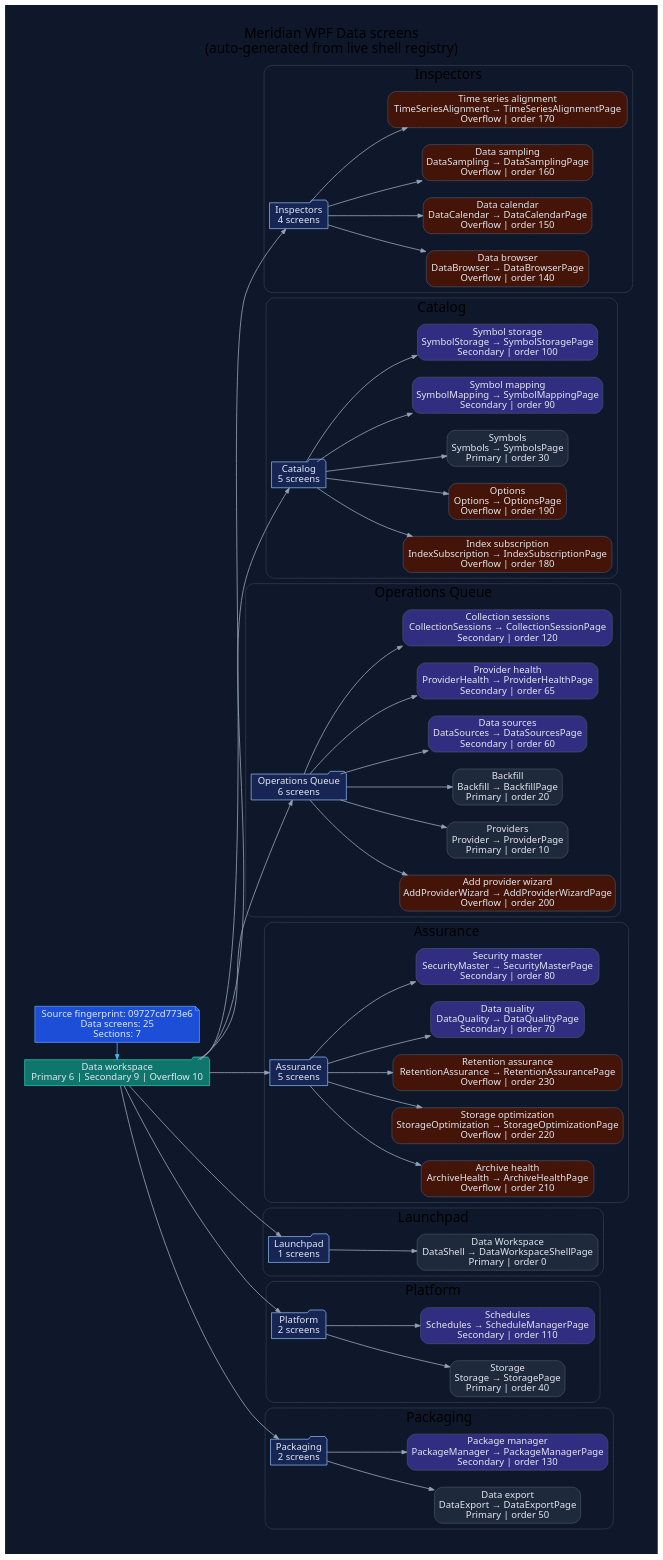
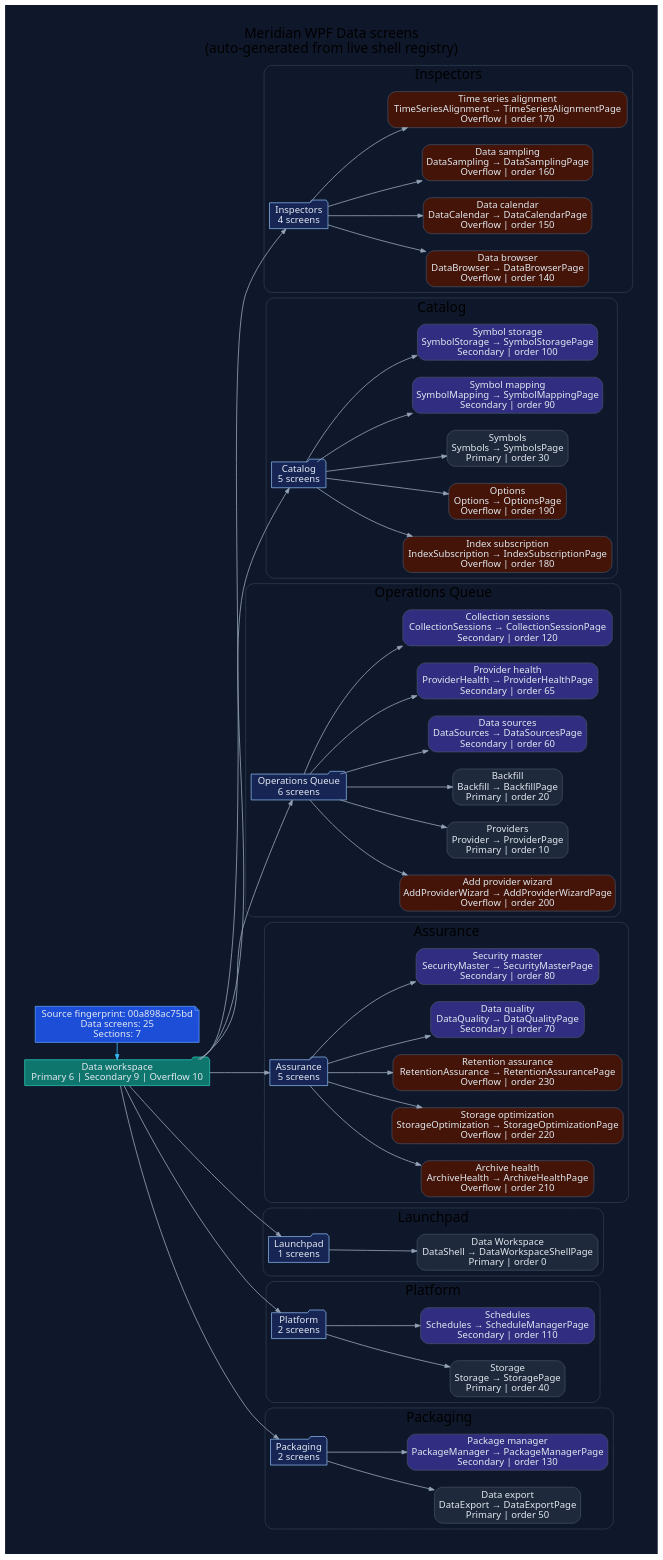
One commit to rodoHasArrived/Meridian-main changed the diagram in docs/diagrams/ui-wpf-screens-data.dot. Above: the diagram before and after it, drawn with Graphviz. The commit also changed 62 other files, not shown here.

```diff
--- a/docs/diagrams/ui-wpf-screens-data.dot
+++ b/docs/diagrams/ui-wpf-screens-data.dot
@@ -1,132 +1,132 @@
 // -----------------------------------------------------------------------------
 // <auto-generated>
 // Generated by scripts/generate-diagrams.mjs.
 // Do not edit this file directly; update the WPF source files instead.
 // -----------------------------------------------------------------------------
 digraph WpfDataScreens {
   graph [
     rankdir=LR,
     labelloc=t,
     label="Meridian WPF Data screens\n(auto-generated from live shell registry)",
     fontname="Segoe UI",
     fontsize=20,
     pad=0.4,
     nodesep=0.35,
     ranksep=0.85,
     bgcolor="#0f172a"
   ];
   node [fontname="Segoe UI", shape=box, style="rounded,filled", color="#475569", fontcolor="#e2e8f0", fillcolor="#1e293b"];
   edge [fontname="Segoe UI", color="#94a3b8", penwidth=1.2, arrowsize=0.75];
 
-  generated [shape=note, fillcolor="#1d4ed8", color="#60a5fa", label="Source fingerprint: 09727cd773e6\nData screens: 25\nSections: 7"];
+  generated [shape=note, fillcolor="#1d4ed8", color="#60a5fa", label="Source fingerprint: 00a898ac75bd\nData screens: 25\nSections: 7"];
   workspace [shape=folder, fillcolor="#0f766e", color="#2dd4bf", label="Data workspace\nPrimary 6 | Secondary 9 | Overflow 10"];
   generated -> workspace [color="#38bdf8"];
 
   subgraph cluster_section_1 {
     label="Inspectors";
     color="#334155";
     style="rounded";
     section_1 [shape=folder, fillcolor="#172554", color="#93c5fd", label="Inspectors\n4 screens"];
     workspace -> section_1;
     screen_DataBrowser [fillcolor="#431407", label="Data browser\nDataBrowser → DataBrowserPage\nOverflow | order 140"];
     section_1 -> screen_DataBrowser;
     screen_DataCalendar [fillcolor="#431407", label="Data calendar\nDataCalendar → DataCalendarPage\nOverflow | order 150"];
     section_1 -> screen_DataCalendar;
     screen_DataSampling [fillcolor="#431407", label="Data sampling\nDataSampling → DataSamplingPage\nOverflow | order 160"];
     section_1 -> screen_DataSampling;
     screen_TimeSeriesAlignment [fillcolor="#431407", label="Time series alignment\nTimeSeriesAlignment → TimeSeriesAlignmentPage\nOverflow | order 170"];
     section_1 -> screen_TimeSeriesAlignment;
   }
 
   subgraph cluster_section_2 {
     label="Catalog";
     color="#334155";
     style="rounded";
     section_2 [shape=folder, fillcolor="#172554", color="#93c5fd", label="Catalog\n5 screens"];
     workspace -> section_2;
     screen_IndexSubscription [fillcolor="#431407", label="Index subscription\nIndexSubscription → IndexSubscriptionPage\nOverflow | order 180"];
     section_2 -> screen_IndexSubscription;
     screen_Options [fillcolor="#431407", label="Options\nOptions → OptionsPage\nOverflow | order 190"];
     section_2 -> screen_Options;
     screen_Symbols [fillcolor="#1e293b", label="Symbols\nSymbols → SymbolsPage\nPrimary | order 30"];
     section_2 -> screen_Symbols;
     screen_SymbolMapping [fillcolor="#312e81", label="Symbol mapping\nSymbolMapping → SymbolMappingPage\nSecondary | order 90"];
     section_2 -> screen_SymbolMapping;
     screen_SymbolStorage [fillcolor="#312e81", label="Symbol storage\nSymbolStorage → SymbolStoragePage\nSecondary | order 100"];
     section_2 -> screen_SymbolStorage;
   }
 
   subgraph cluster_section_3 {
     label="Operations Queue";
     color="#334155";
     style="rounded";
     section_3 [shape=folder, fillcolor="#172554", color="#93c5fd", label="Operations Queue\n6 screens"];
     workspace -> section_3;
     screen_AddProviderWizard [fillcolor="#431407", label="Add provider wizard\nAddProviderWizard → AddProviderWizardPage\nOverflow | order 200"];
     section_3 -> screen_AddProviderWizard;
     screen_Provider [fillcolor="#1e293b", label="Providers\nProvider → ProviderPage\nPrimary | order 10"];
     section_3 -> screen_Provider;
     screen_Backfill [fillcolor="#1e293b", label="Backfill\nBackfill → BackfillPage\nPrimary | order 20"];
     section_3 -> screen_Backfill;
     screen_DataSources [fillcolor="#312e81", label="Data sources\nDataSources → DataSourcesPage\nSecondary | order 60"];
     section_3 -> screen_DataSources;
     screen_ProviderHealth [fillcolor="#312e81", label="Provider health\nProviderHealth → ProviderHealthPage\nSecondary | order 65"];
     section_3 -> screen_ProviderHealth;
     screen_CollectionSessions [fillcolor="#312e81", label="Collection sessions\nCollectionSessions → CollectionSessionPage\nSecondary | order 120"];
     section_3 -> screen_CollectionSessions;
   }
 
   subgraph cluster_section_4 {
     label="Assurance";
     color="#334155";
     style="rounded";
     section_4 [shape=folder, fillcolor="#172554", color="#93c5fd", label="Assurance\n5 screens"];
     workspace -> section_4;
     screen_ArchiveHealth [fillcolor="#431407", label="Archive health\nArchiveHealth → ArchiveHealthPage\nOverflow | order 210"];
     section_4 -> screen_ArchiveHealth;
     screen_StorageOptimization [fillcolor="#431407", label="Storage optimization\nStorageOptimization → StorageOptimizationPage\nOverflow | order 220"];
     section_4 -> screen_StorageOptimization;
     screen_RetentionAssurance [fillcolor="#431407", label="Retention assurance\nRetentionAssurance → RetentionAssurancePage\nOverflow | order 230"];
     section_4 -> screen_RetentionAssurance;
     screen_DataQuality [fillcolor="#312e81", label="Data quality\nDataQuality → DataQualityPage\nSecondary | order 70"];
     section_4 -> screen_DataQuality;
     screen_SecurityMaster [fillcolor="#312e81", label="Security master\nSecurityMaster → SecurityMasterPage\nSecondary | order 80"];
     section_4 -> screen_SecurityMaster;
   }
 
   subgraph cluster_section_5 {
     label="Launchpad";
     color="#334155";
     style="rounded";
     section_5 [shape=folder, fillcolor="#172554", color="#93c5fd", label="Launchpad\n1 screens"];
     workspace -> section_5;
     screen_DataShell [fillcolor="#1e293b", label="Data Workspace\nDataShell → DataWorkspaceShellPage\nPrimary | order 0"];
     section_5 -> screen_DataShell;
   }
 
   subgraph cluster_section_6 {
     label="Platform";
     color="#334155";
     style="rounded";
     section_6 [shape=folder, fillcolor="#172554", color="#93c5fd", label="Platform\n2 screens"];
     workspace -> section_6;
     screen_Storage [fillcolor="#1e293b", label="Storage\nStorage → StoragePage\nPrimary | order 40"];
     section_6 -> screen_Storage;
     screen_Schedules [fillcolor="#312e81", label="Schedules\nSchedules → ScheduleManagerPage\nSecondary | order 110"];
     section_6 -> screen_Schedules;
   }
 
   subgraph cluster_section_7 {
     label="Packaging";
     color="#334155";
     style="rounded";
     section_7 [shape=folder, fillcolor="#172554", color="#93c5fd", label="Packaging\n2 screens"];
     workspace -> section_7;
     screen_DataExport [fillcolor="#1e293b", label="Data export\nDataExport → DataExportPage\nPrimary | order 50"];
     section_7 -> screen_DataExport;
     screen_PackageManager [fillcolor="#312e81", label="Package manager\nPackageManager → PackageManagerPage\nSecondary | order 130"];
     section_7 -> screen_PackageManager;
   }
 
   { rank=min; generated; workspace; }
 }
```
